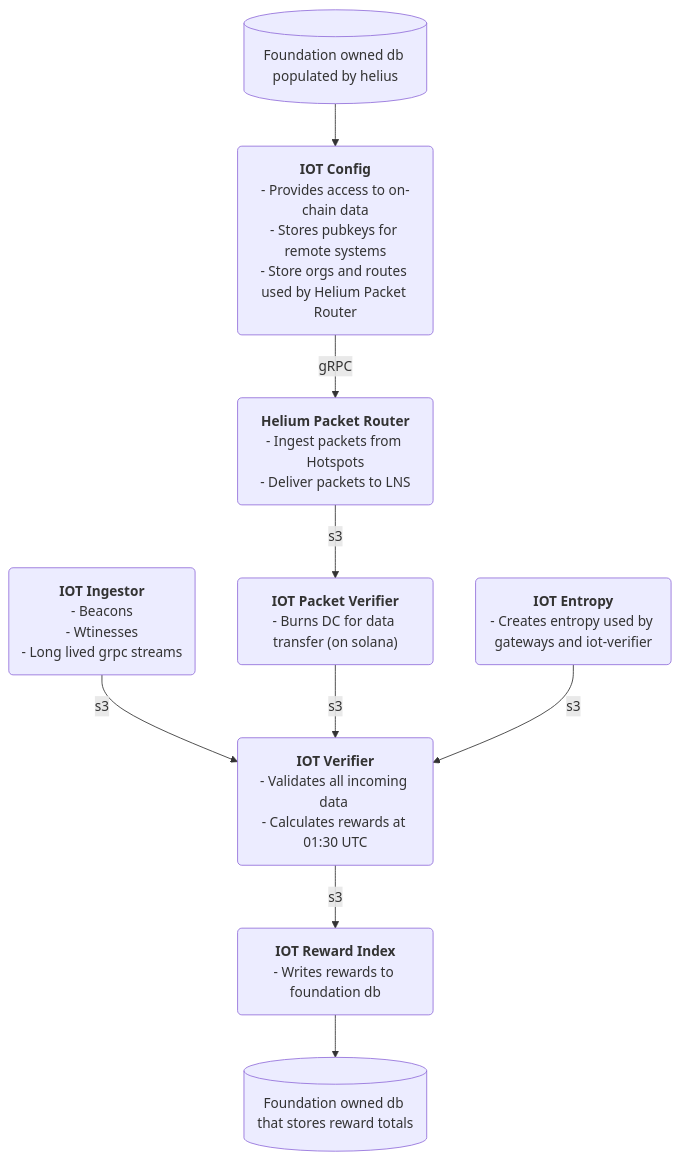
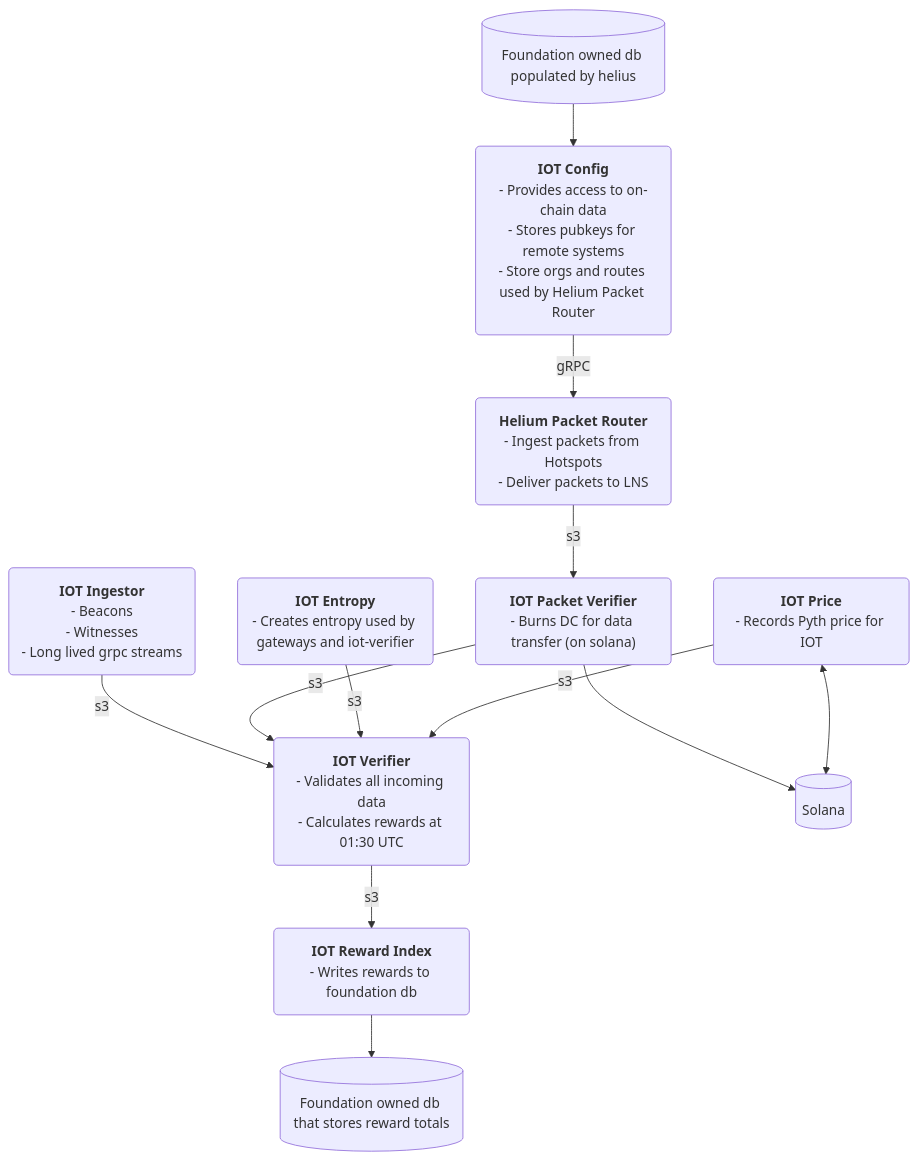
Before and after one commit to helium/oracles-iot: the diagram in README.md, drawn with Mermaid. The commit also changed other lines of this file and 8 other files, not shown here.

````diff
--- a/README.md
+++ b/README.md
@@ -50,40 +9,47 @@
 ```mermaid
 flowchart TD
     DB1[(Foundation owned db populated by helius)]
     IC("`**IOT Config**
         - Provides access to on-chain data
         - Stores pubkeys for remote systems
         - Store orgs and routes used by Helium Packet Router
     `")
     HPR("`**Helium Packet Router**
         - Ingest packets from Hotspots
         - Deliver packets to LNS
     `")
     IPV("`**IOT Packet Verifier**
         - Burns DC for data transfer (on solana)
     `")
     II("`**IOT Ingestor**
         - Beacons
-        - Wtinesses
+        - Witnesses
         - Long lived grpc streams
     `")
     IV("`**IOT Verifier**
-        - Validates all incoming data 
+        - Validates all incoming data
         - Calculates rewards at 01:30 UTC
     `")
     IE("`**IOT Entropy**
         - Creates entropy used by gateways and iot-verifier
     `")
+    IP("`**IOT Price**
+        - Records Pyth price for IOT
+    `")
     IRE("`**IOT Reward Index**
         - Writes rewards to foundation db
     `")
     DB2[(Foundation owned db that stores reward totals)]
+    S[(Solana)]
     DB1 --> IC
     IC -- gRPC --> HPR
     HPR -- s3 --> IPV
     II -- s3 --> IV
     IPV -- s3 --> IV
+    IPV --> S
     IE -- s3 --> IV
+    IP <--> S
+    IP -- s3 --> IV
     IV -- s3 --> IRE
     IRE --> DB2
 ```
````
